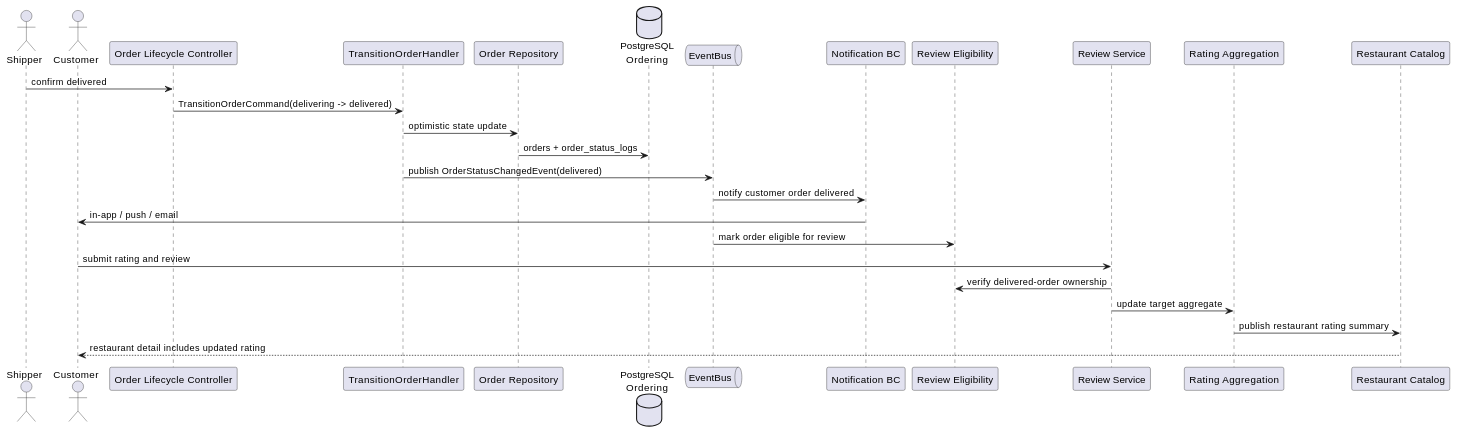
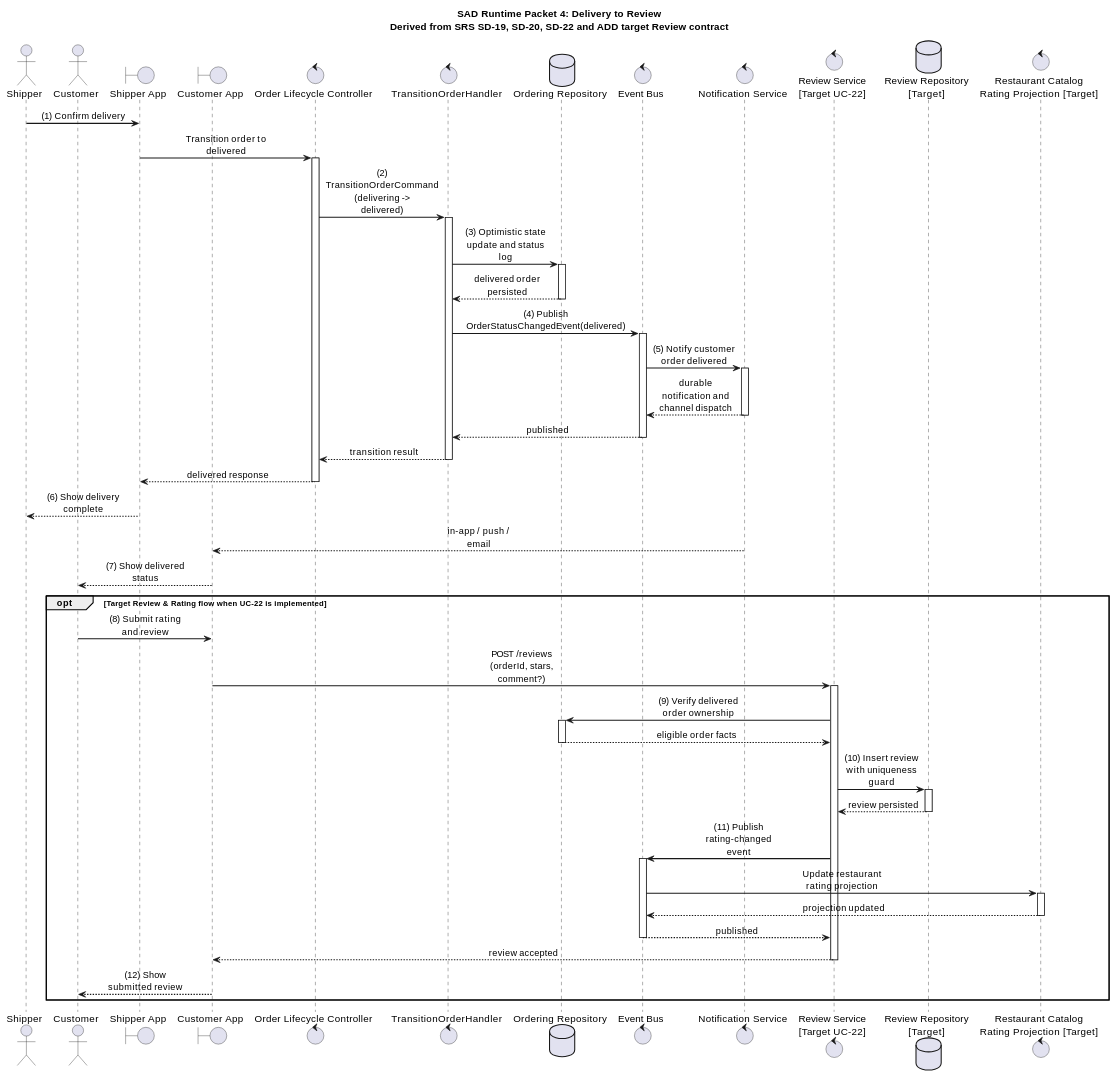
The seventh of 9 diagrams in apps/api/docs/Final_Documents/ASR-ADD-SAD/SAD_FoodDelivery.md (luubinhdeptrai/Food_Delivery), drawn with PlantUML before and after one commit. The commit also changed other lines of this file and 1 other file, not shown here.

Commit message:
update diagram SAD

````diff
--- a/apps/api/docs/Final_Documents/ASR-ADD-SAD/SAD_FoodDelivery.md
+++ b/apps/api/docs/Final_Documents/ASR-ADD-SAD/SAD_FoodDelivery.md
@@ -1693,34 +2378,78 @@
 ```plantuml
 @startuml SoLi_Delivery_Review_Runtime
-skinparam backgroundColor #FFFFFF
 skinparam shadowing false
-skinparam sequenceArrowThickness 1
+skinparam sequenceMessageAlign center
+skinparam responseMessageBelowArrow true
+skinparam maxMessageSize 120
+skinparam sequenceArrowThickness 1.5
+skinparam ParticipantPadding 20
+skinparam BoxPadding 10
 
-actor Shipper
-actor Customer
-participant "Order Lifecycle Controller" as LifecycleController
-participant "TransitionOrderHandler" as TransitionHandler
-participant "Order Repository" as OrderRepo
-database "PostgreSQL\nOrdering" as OrderingDB
-queue "EventBus" as EventBus
-participant "Notification BC" as Notification
-participant "Review Eligibility" as ReviewEligibility
-participant "Review Service" as ReviewService
-participant "Rating Aggregation" as RatingAggregation
-participant "Restaurant Catalog" as Catalog
+title SAD Runtime Packet 4: Delivery to Review\nDerived from SRS SD-19, SD-20, SD-22 and ADD target Review contract
 
-Shipper -> LifecycleController : confirm delivered
-LifecycleController -> TransitionHandler : TransitionOrderCommand(delivering -> delivered)
-TransitionHandler -> OrderRepo : optimistic state update
-OrderRepo -> OrderingDB : orders + order_status_logs
-TransitionHandler -> EventBus : publish OrderStatusChangedEvent(delivered)
-EventBus -> Notification : notify customer order delivered
-Notification -> Customer : in-app / push / email
-EventBus -> ReviewEligibility : mark order eligible for review
-Customer -> ReviewService : submit rating and review
-ReviewService -> ReviewEligibility : verify delivered-order ownership
-ReviewService -> RatingAggregation : update target aggregate
-RatingAggregation -> Catalog : publish restaurant rating summary
-Catalog --> Customer : restaurant detail includes updated rating
+actor "Shipper" as Shipper
+actor "Customer" as Customer
+boundary "Shipper App" as ShipUI
+boundary "Customer App" as CustUI
+control "Order Lifecycle Controller" as LifecycleController
+control "TransitionOrderHandler" as TransitionHandler
+database "Ordering Repository" as OrderRepo
+control "Event Bus" as EventBus
+control "Notification Service" as Notification
+control "Review Service\n[Target UC-22]" as ReviewService
+database "Review Repository\n[Target]" as ReviewRepo
+control "Restaurant Catalog\nRating Projection [Target]" as Catalog
+
+autonumber stop
+
+Shipper -> ShipUI : (1) Confirm delivery
+ShipUI -> LifecycleController : Transition order to delivered
+activate LifecycleController
+LifecycleController -> TransitionHandler : (2) TransitionOrderCommand\n(delivering -> delivered)
+activate TransitionHandler
+TransitionHandler -> OrderRepo : (3) Optimistic state update and status log
+activate OrderRepo
+OrderRepo --> TransitionHandler : delivered order persisted
+deactivate OrderRepo
+TransitionHandler -> EventBus : (4) Publish OrderStatusChangedEvent(delivered)
+activate EventBus
+EventBus -> Notification : (5) Notify customer order delivered
+activate Notification
+Notification --> EventBus : durable notification and channel dispatch
+deactivate Notification
+EventBus --> TransitionHandler : published
+deactivate EventBus
+TransitionHandler --> LifecycleController : transition result
+deactivate TransitionHandler
+LifecycleController --> ShipUI : delivered response
+deactivate LifecycleController
+ShipUI --> Shipper : (6) Show delivery complete
+Notification --> CustUI : in-app / push / email
+CustUI --> Customer : (7) Show delivered status
+
+opt Target Review & Rating flow when UC-22 is implemented
+  Customer -> CustUI : (8) Submit rating and review
+  CustUI -> ReviewService : POST /reviews\n(orderId, stars, comment?)
+  activate ReviewService
+  ReviewService -> OrderRepo : (9) Verify delivered order ownership
+  activate OrderRepo
+  OrderRepo --> ReviewService : eligible order facts
+  deactivate OrderRepo
+  ReviewService -> ReviewRepo : (10) Insert review with uniqueness guard
+  activate ReviewRepo
+  ReviewRepo --> ReviewService : review persisted
+  deactivate ReviewRepo
+  ReviewService -> EventBus : (11) Publish rating-changed event
+  activate EventBus
+  EventBus -> Catalog : Update restaurant rating projection
+  activate Catalog
+  Catalog --> EventBus : projection updated
+  deactivate Catalog
+  EventBus --> ReviewService : published
+  deactivate EventBus
+  ReviewService --> CustUI : review accepted
+  deactivate ReviewService
+  CustUI --> Customer : (12) Show submitted review
+end
 @enduml
 ```
````
